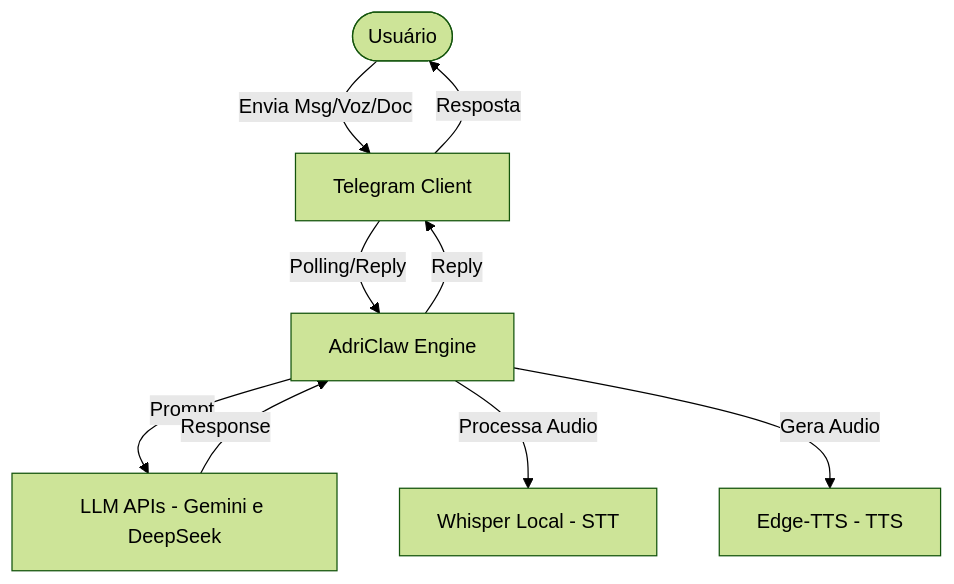
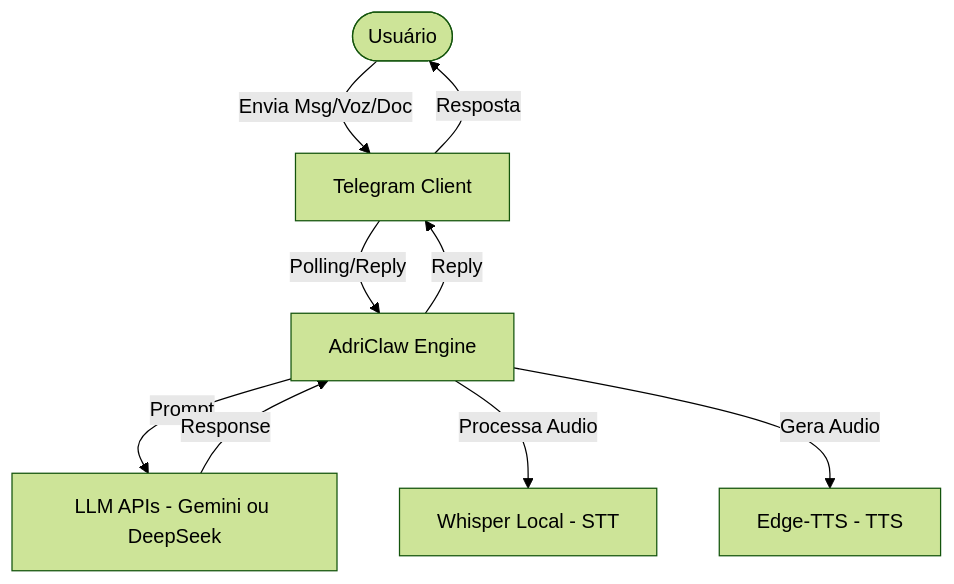
One commit to Adriano1976/Agente_AdriClaw_Antigrevity changed the first of 3 diagrams in README.md. Above: the diagram before and after it, drawn with Mermaid (forest theme).

````diff
--- a/README.md
+++ b/README.md
@@ -49,18 +49,18 @@
 ```mermaid
 graph TB
     User(["Usuário"])
     Telegram["Telegram Client"]
     System["AdriClaw Engine"]
-    LLM["LLM APIs - Gemini e DeepSeek"]
+    LLM["LLM APIs - Gemini ou DeepSeek"]
     Whisper["Whisper Local - STT"]
     EdgeTTS["Edge-TTS - TTS"]
 
     User -->|"Envia Msg/Voz/Doc"| Telegram
     Telegram -->|"Polling/Reply"| System
     System -->|"Reply"| Telegram
     Telegram -->|"Resposta"| User
     System -->|"Prompt"| LLM
     LLM -->|"Response"| System
     System -->|"Processa Audio"| Whisper
     System -->|"Gera Audio"| EdgeTTS
 ```
````
